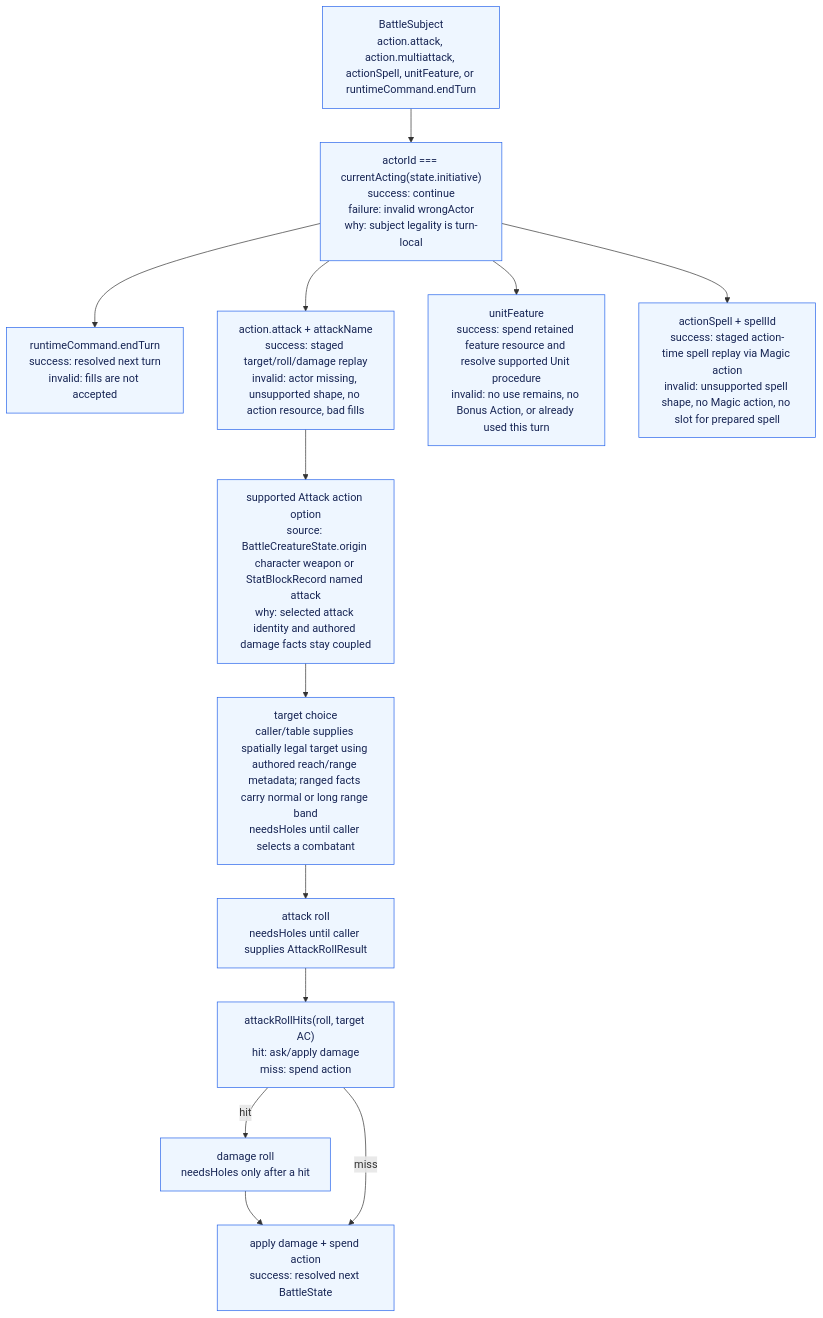
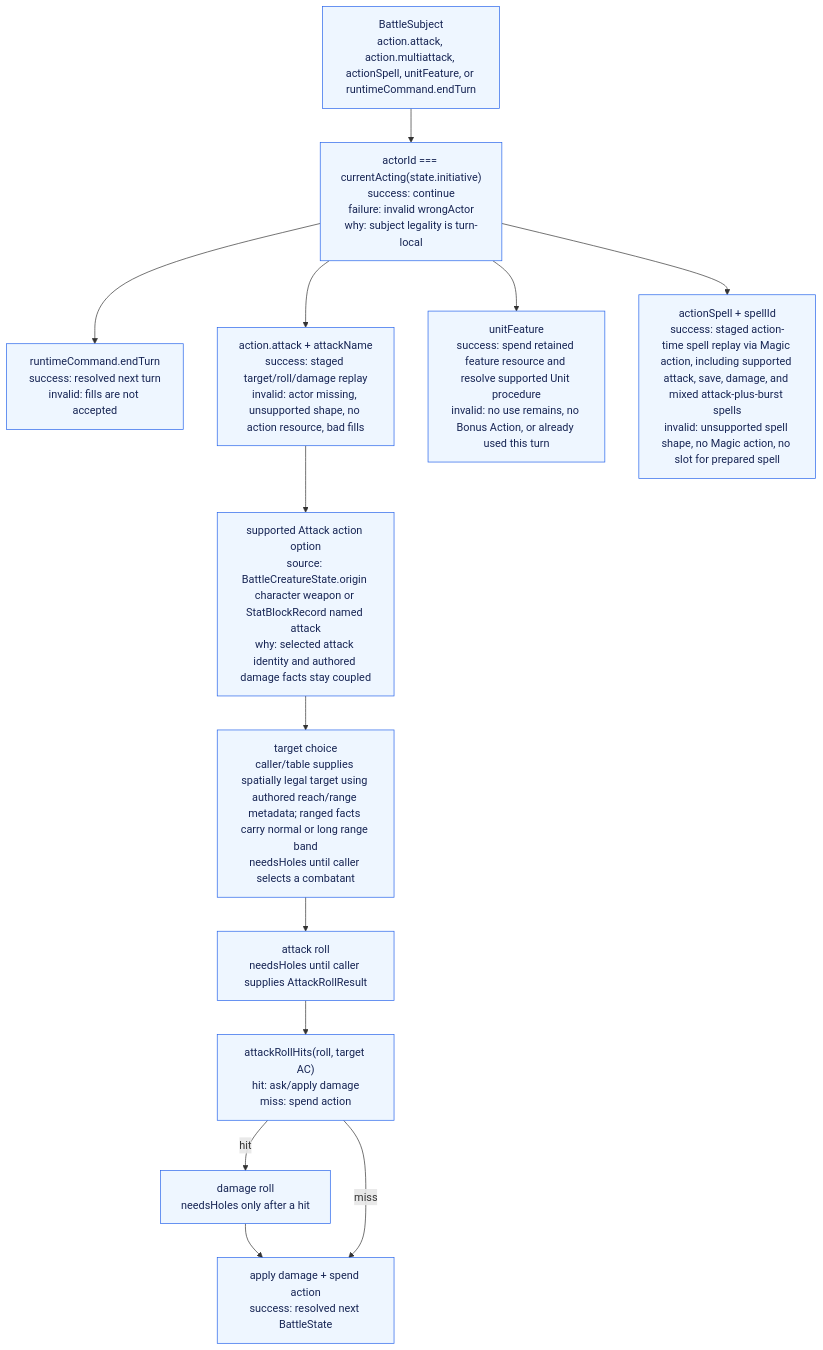
One commit to dearlordylord/5e-quint changed the second of 2 diagrams in packages/battle-runtime/ARCHITECTURE_GRAPH.md. Above: the diagram before and after it, drawn with Mermaid. The commit also changed other lines of this file and 17 other files, not shown here.

````diff
--- a/packages/battle-runtime/ARCHITECTURE_GRAPH.md
+++ b/packages/battle-runtime/ARCHITECTURE_GRAPH.md
@@ -93,26 +93,26 @@
 ```mermaid
 flowchart TD
   Subject["BattleSubject<br/>action.attack, action.multiattack, actionSpell, unitFeature, or runtimeCommand.endTurn"]
   CurrentActor["actorId === currentActing(state.initiative)<br/>success: continue<br/>failure: invalid wrongActor<br/>why: subject legality is turn-local"]
   EndTurn["runtimeCommand.endTurn<br/>success: resolved next turn<br/>invalid: fills are not accepted"]
   Attack["action.attack + attackName<br/>success: staged target/roll/damage replay<br/>invalid: actor missing, unsupported shape, no action resource, bad fills"]
   UnitFeature["unitFeature<br/>success: spend retained feature resource and resolve supported Unit procedure<br/>invalid: no use remains, no Bonus Action, or already used this turn"]
-  Magic["actionSpell + spellId<br/>success: staged action-time spell replay via Magic action<br/>invalid: unsupported spell shape, no Magic action, no slot for prepared spell"]
+  Magic["actionSpell + spellId<br/>success: staged action-time spell replay via Magic action, including supported attack, save, damage, and mixed attack-plus-burst spells<br/>invalid: unsupported spell shape, no Magic action, no slot for prepared spell"]
   AttackOption["supported Attack action option<br/>source: BattleCreatureState.origin character weapon or StatBlockRecord named attack<br/>why: selected attack identity and authored damage facts stay coupled"]
   Target["target choice<br/>caller/table supplies spatially legal target using authored reach/range metadata; ranged facts carry normal or long range band<br/>needsHoles until caller selects a combatant"]
   Roll["attack roll<br/>needsHoles until caller supplies AttackRollResult"]
   HitCheck["attackRollHits(roll, target AC)<br/>hit: ask/apply damage<br/>miss: spend action"]
   DamageHole["damage roll<br/>needsHoles only after a hit"]
   Apply["apply damage + spend action<br/>success: resolved next BattleState"]
 
   Subject --> CurrentActor
   CurrentActor --> EndTurn
   CurrentActor --> Attack --> AttackOption --> Target --> Roll --> HitCheck
   CurrentActor --> UnitFeature
   CurrentActor --> Magic
   HitCheck -->|hit| DamageHole --> Apply
   HitCheck -->|miss| Apply
 
   classDef implemented fill:#eef6ff,stroke:#2563eb,color:#172554;
   class Subject,CurrentActor,EndTurn,Attack,UnitFeature,Magic,AttackOption,Target,Roll,HitCheck,DamageHole,Apply implemented;
 ```
````
